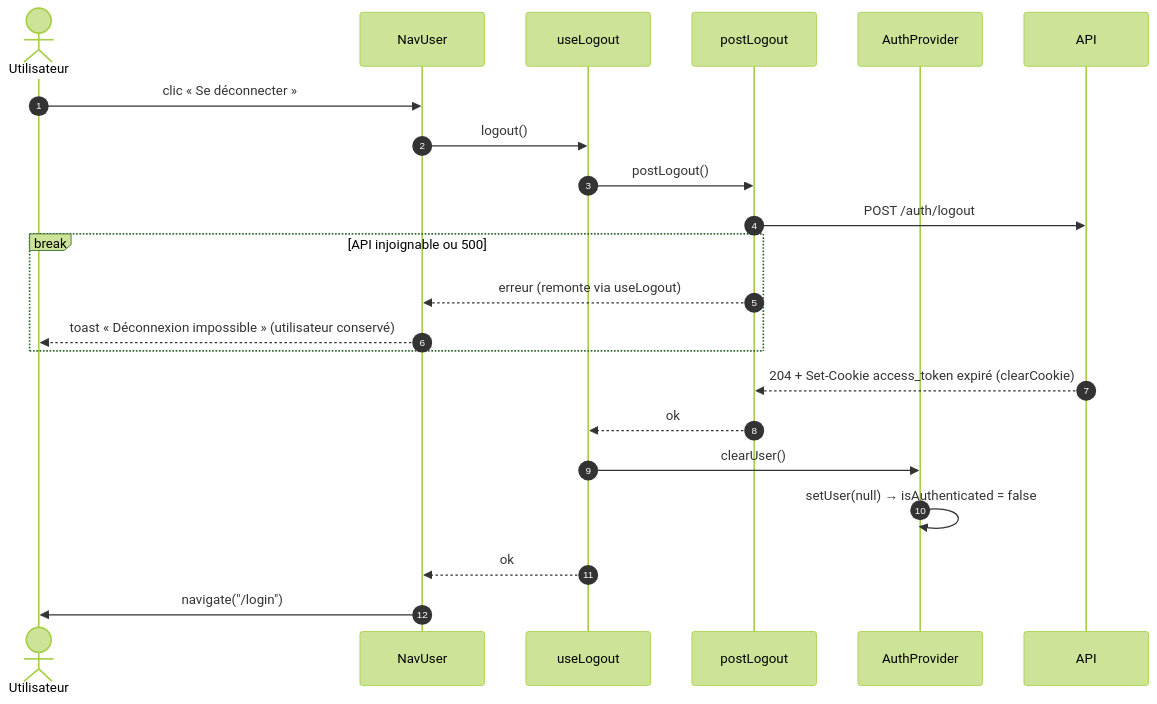
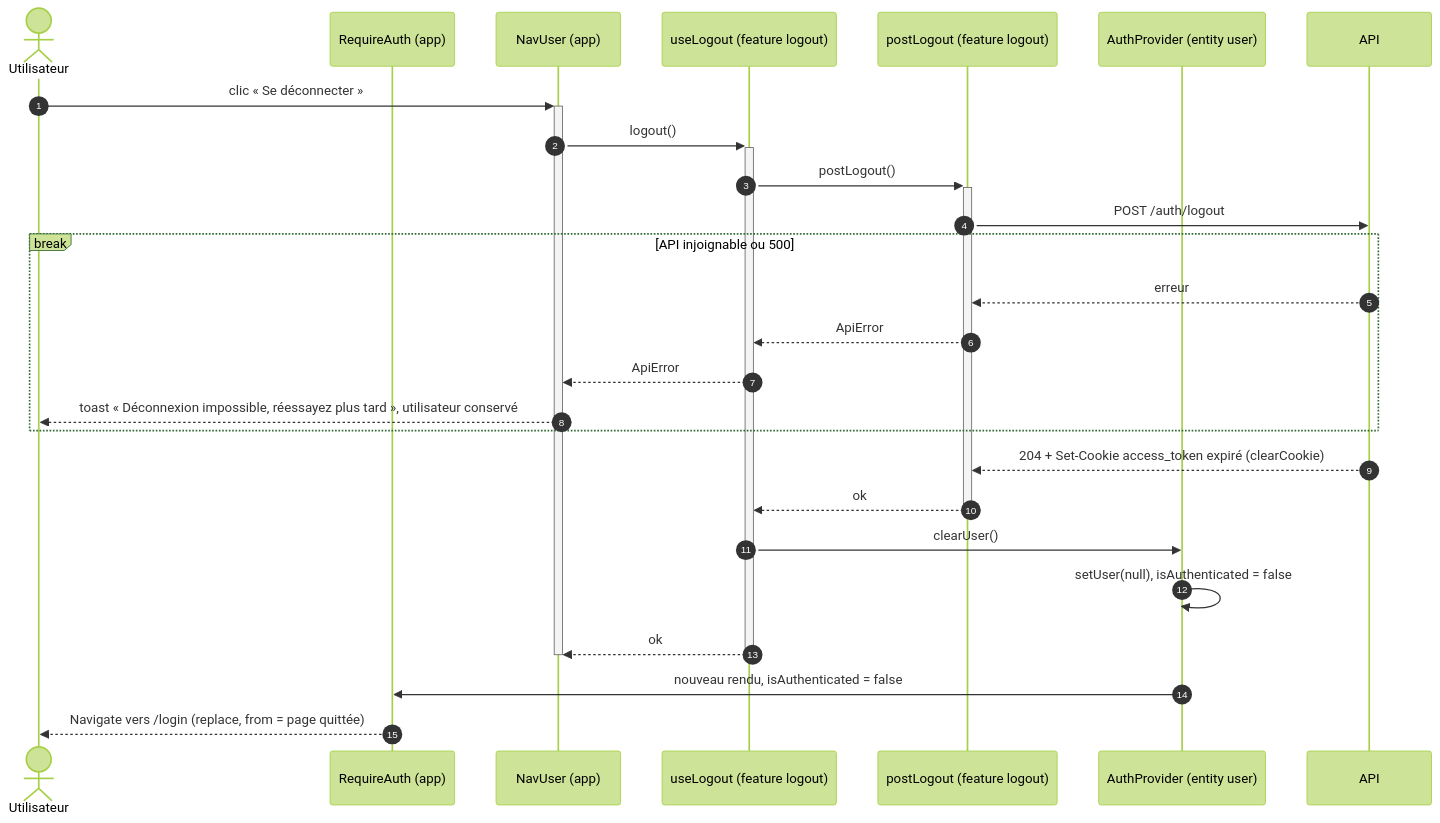
The diagram in apps/client/docs/diagrams/logout-sequence.md (SIMPLON-DIST-CDA-260316/zythologue_julien_lemarchand), drawn with Mermaid (forest theme) before and after one commit. The commit also changed other lines of this file and 6 other files, not shown here.

First line of the commit message:
docs(client): diagrammes de séquence client (#65)

````diff
--- a/apps/client/docs/diagrams/logout-sequence.md
+++ b/apps/client/docs/diagrams/logout-sequence.md
@@ -10,28 +11,34 @@
 ```mermaid
 sequenceDiagram
     autonumber
     actor U as Utilisateur
-    participant N as NavUser
-    participant HO as useLogout
-    participant AO as postLogout
-    participant P as AuthProvider
+    participant G as RequireAuth (app)
+    participant N as NavUser (app)
+    participant HO as useLogout (feature logout)
+    participant AO as postLogout (feature logout)
+    participant P as AuthProvider (entity user)
     participant API as API
 
-    U->>N: clic « Se déconnecter »
-    N->>HO: logout()
-    HO->>AO: postLogout()
+    U->>+N: clic « Se déconnecter »
+    N->>+HO: logout()
+    HO->>+AO: postLogout()
     AO->>API: POST /auth/logout
 
     break API injoignable ou 500
-        AO-->>N: erreur (remonte via useLogout)
-        N-->>U: toast « Déconnexion impossible » (utilisateur conservé)
+        API-->>AO: erreur
+        AO-->>HO: ApiError
+        HO-->>N: ApiError
+        N-->>U: toast « Déconnexion impossible, réessayez plus tard », utilisateur conservé
     end
 
     API-->>AO: 204 + Set-Cookie access_token expiré (clearCookie)
-    AO-->>HO: ok
+    AO-->>-HO: ok
 
     HO->>P: clearUser()
-    P->>P: setUser(null) → isAuthenticated = false
-    HO-->>N: ok
-    N->>U: navigate("/login")
+    P->>P: setUser(null), isAuthenticated = false
+    HO-->>-N: ok
+    deactivate N
+
+    P->>G: nouveau rendu, isAuthenticated = false
+    G-->>U: Navigate vers /login (replace, from = page quittée)
 ```
````
